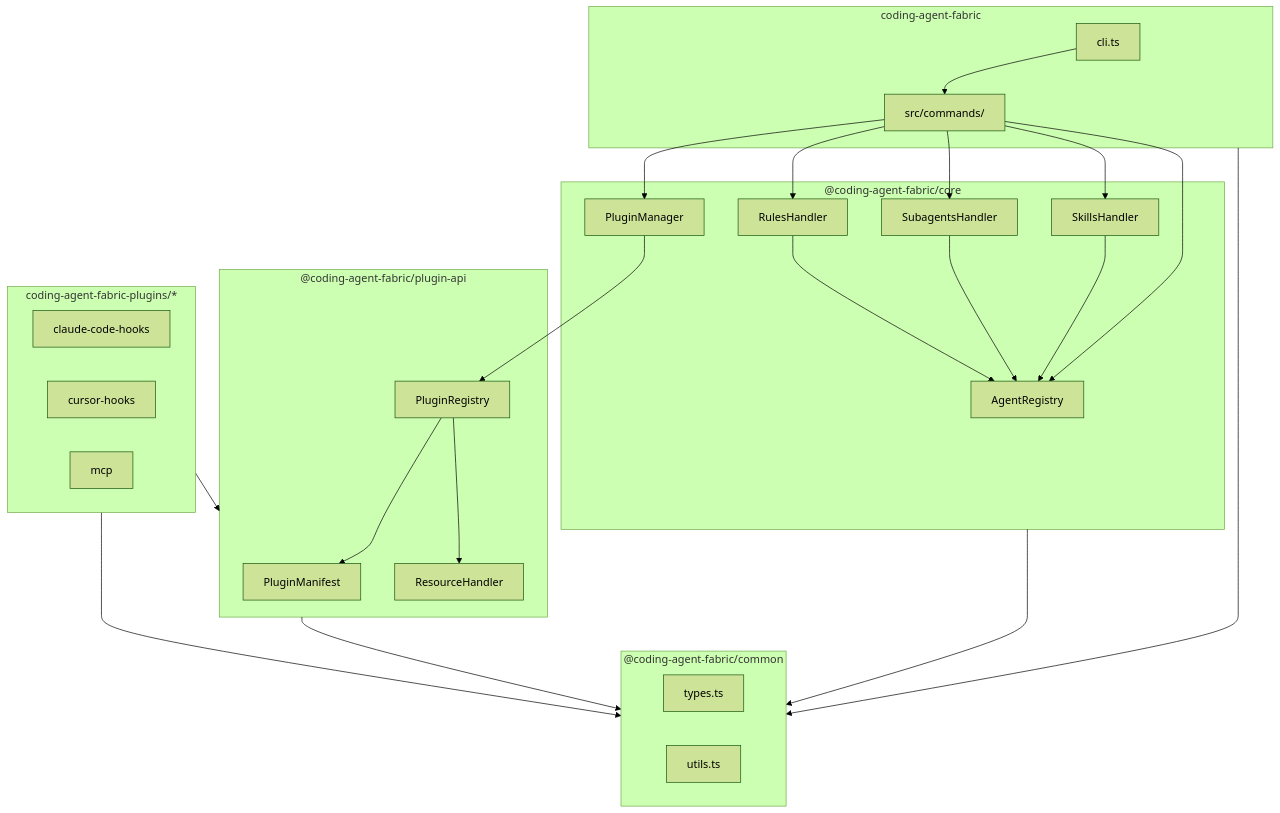
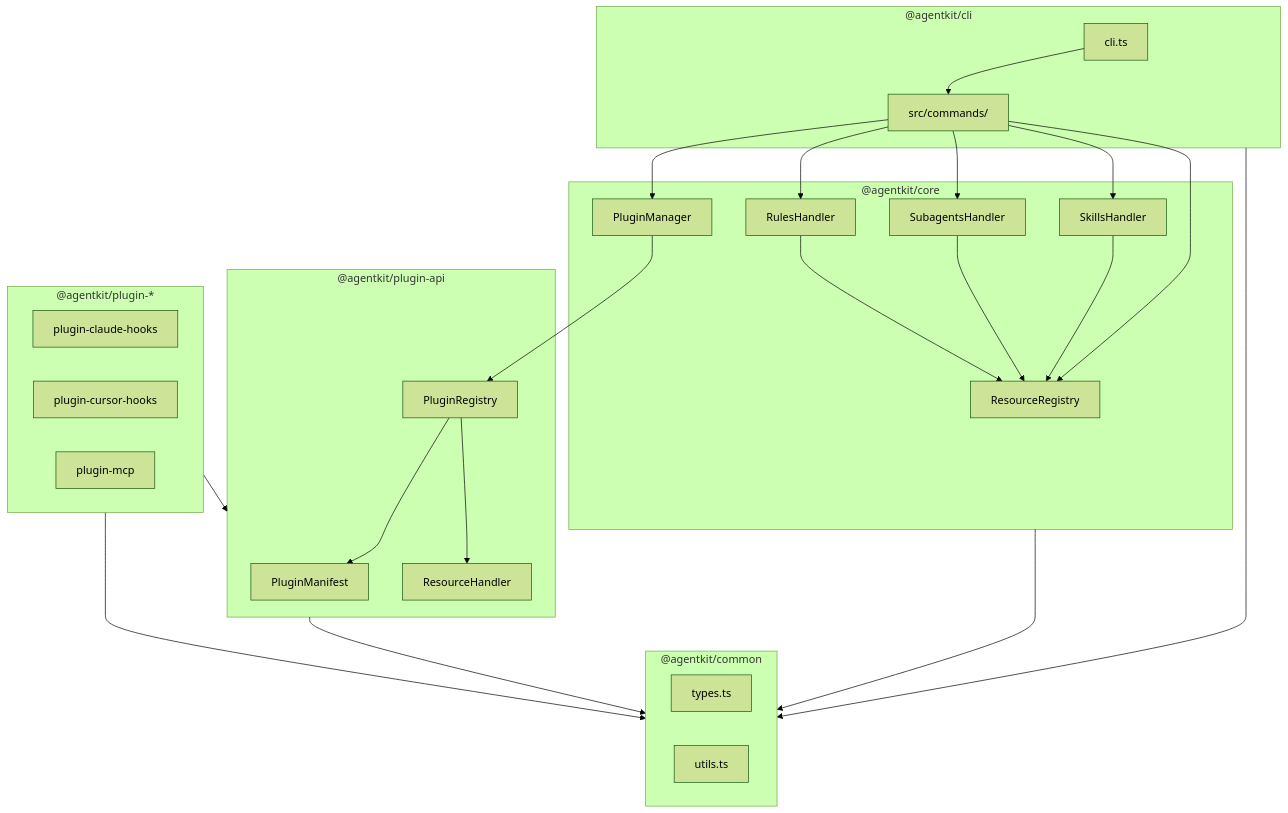
Before and after one commit to yu-iskw/coding-agent-fabric: the diagram in CONTRIBUTING.md, drawn with Mermaid (forest theme). The commit also changed other lines of this file and 11 other files, not shown here.

````diff
--- a/CONTRIBUTING.md
+++ b/CONTRIBUTING.md
@@ -66,57 +66,57 @@
 ```mermaid
 graph TD
-    subgraph CLI ["coding-agent-fabric"]
+    subgraph CLI ["@agentkit/cli"]
         Entry["cli.ts"]
         Cmds["src/commands/"]
         Entry --> Cmds
     end
 
-    subgraph CORE ["@coding-agent-fabric/core"]
-        AR["AgentRegistry"]
+    subgraph CORE ["@agentkit/core"]
+        AR["ResourceRegistry"]
         SH["SkillsHandler"]
         SAH["SubagentsHandler"]
         RH_CORE["RulesHandler"]
         PM["PluginManager"]
     end
 
-    subgraph API ["@coding-agent-fabric/plugin-api"]
+    subgraph API ["@agentkit/plugin-api"]
         Manifest["PluginManifest"]
         Reg["PluginRegistry"]
         RH["ResourceHandler"]
     end
 
-    subgraph PLUGINS ["coding-agent-fabric-plugins/*"]
-        Hooks["claude-code-hooks"]
-        Cursor["cursor-hooks"]
-        MCP["mcp"]
+    subgraph PLUGINS ["@agentkit/plugin-*"]
+        Hooks["plugin-claude-hooks"]
+        Cursor["plugin-cursor-hooks"]
+        MCP["plugin-mcp"]
     end
 
-    subgraph COMMON ["@coding-agent-fabric/common"]
+    subgraph COMMON ["@agentkit/common"]
         Types["types.ts"]
         Utils["utils.ts"]
     end
 
     %% CLI dependencies
     Cmds --> AR
     Cmds --> SH
     Cmds --> SAH
     Cmds --> RH_CORE
     Cmds --> PM
 
     %% Core dependencies
     SH --> AR
     SAH --> AR
     RH_CORE --> AR
     PM --> Reg
 
     %% Plugin relationships
     PLUGINS --> API
     Reg --> Manifest
     Reg --> RH
 
     %% Shared dependencies
     CLI --> COMMON
     CORE --> COMMON
     API --> COMMON
     PLUGINS --> COMMON
 ```
````
